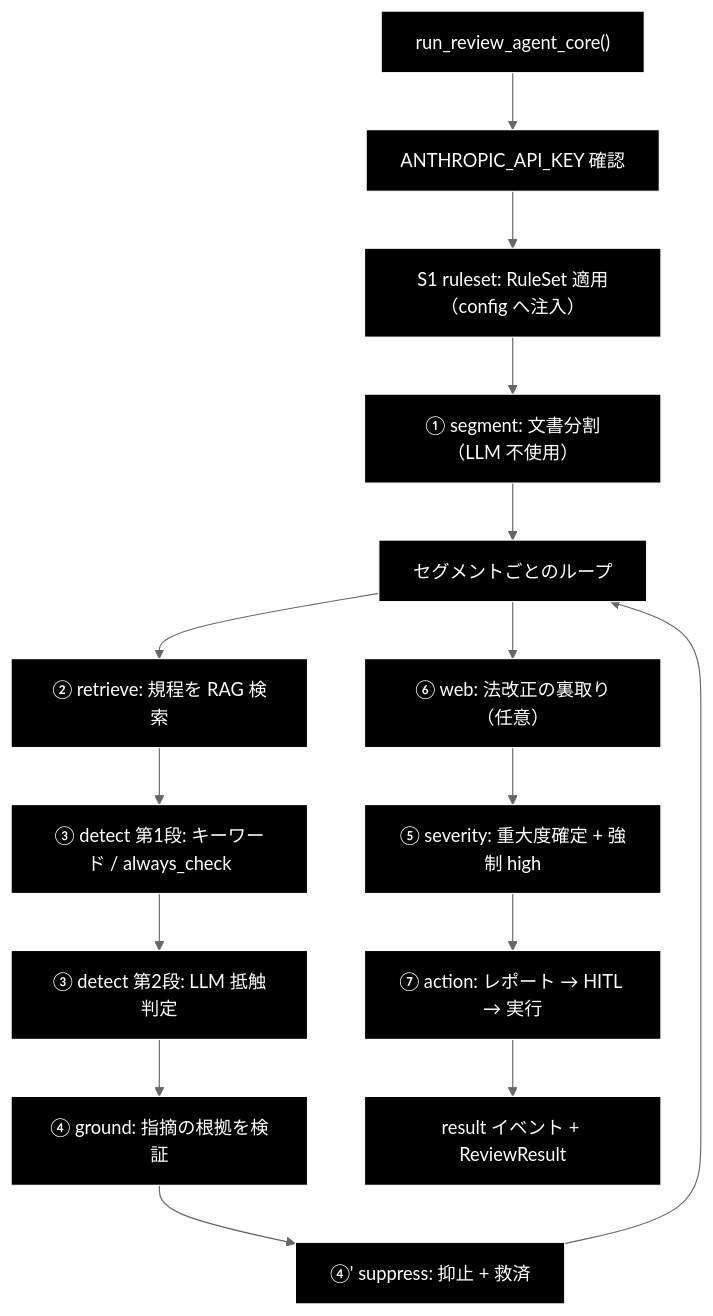
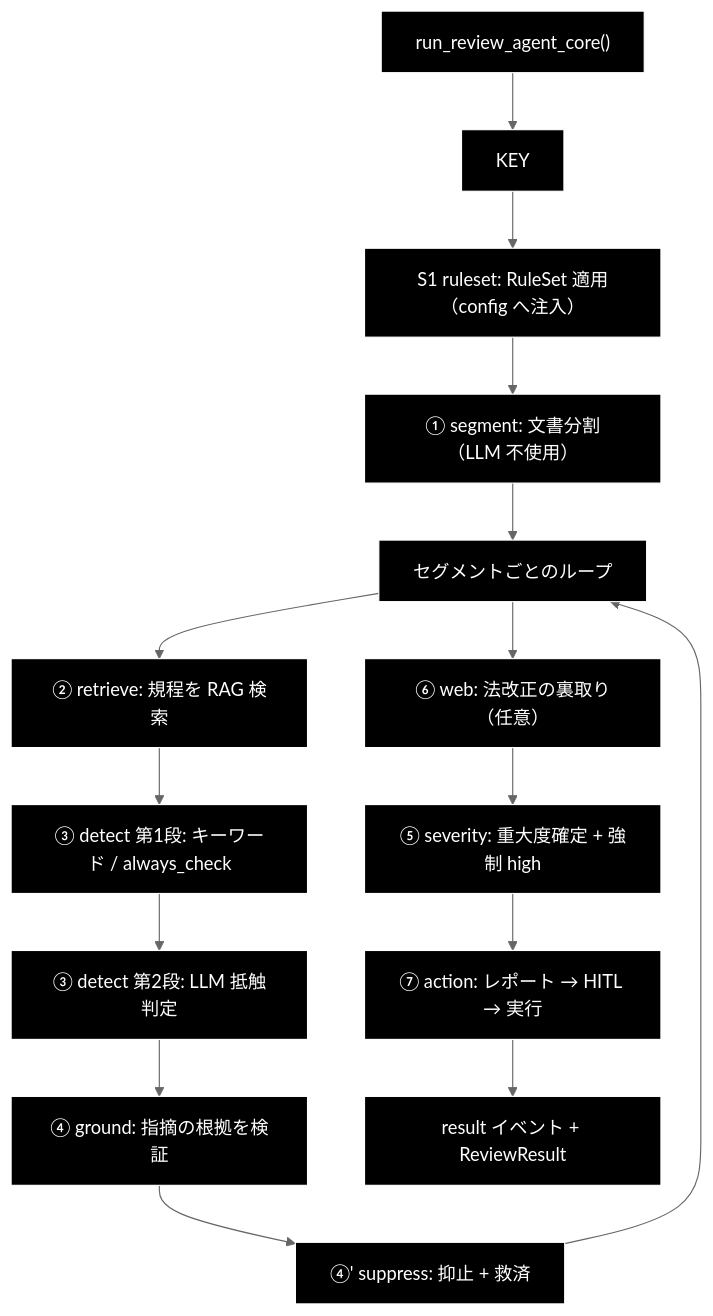
One commit to nakashima2toshio/grace_v2_local changed the second of 4 diagrams in backend/docs/core_review_agent.md. Above: the diagram before and after it, drawn with Mermaid (neutral theme). The commit also changed other lines of this file and 12 other files, not shown here.

````diff
--- a/backend/docs/core_review_agent.md
+++ b/backend/docs/core_review_agent.md
@@ -137,34 +137,33 @@
 ```mermaid
 flowchart TB
     START["run_review_agent_core()"]
-    KEY["ANTHROPIC_API_KEY 確認"]
     S1["S1 ruleset: RuleSet 適用（config へ注入）"]
     ST1["① segment: 文書分割（LLM 不使用）"]
     LOOP["セグメントごとのループ"]
     ST2["② retrieve: 規程を RAG 検索"]
     ST3A["③ detect 第1段: キーワード / always_check"]
     ST3B["③ detect 第2段: LLM 抵触判定"]
     ST4["④ ground: 指摘の根拠を検証"]
     ST4D["④' suppress: 抑止 + 救済"]
     ST6["⑥ web: 法改正の裏取り（任意）"]
     ST5["⑤ severity: 重大度確定 + 強制 high"]
     ST7["⑦ action: レポート → HITL → 実行"]
     RESULT["result イベント + ReviewResult"]
 
     START --> KEY
     KEY --> S1
     S1 --> ST1
     ST1 --> LOOP
     LOOP --> ST2
     ST2 --> ST3A
     ST3A --> ST3B
     ST3B --> ST4
     ST4 --> ST4D
     ST4D --> LOOP
     LOOP --> ST6
     ST6 --> ST5
     ST5 --> ST7
     ST7 --> RESULT
 classDef default fill:#000,stroke:#fff,color:#fff
 class START,KEY,S1,ST1,LOOP,ST2,ST3A,ST3B,ST4,ST4D,ST6,ST5,ST7,RESULT default
 ```
````
